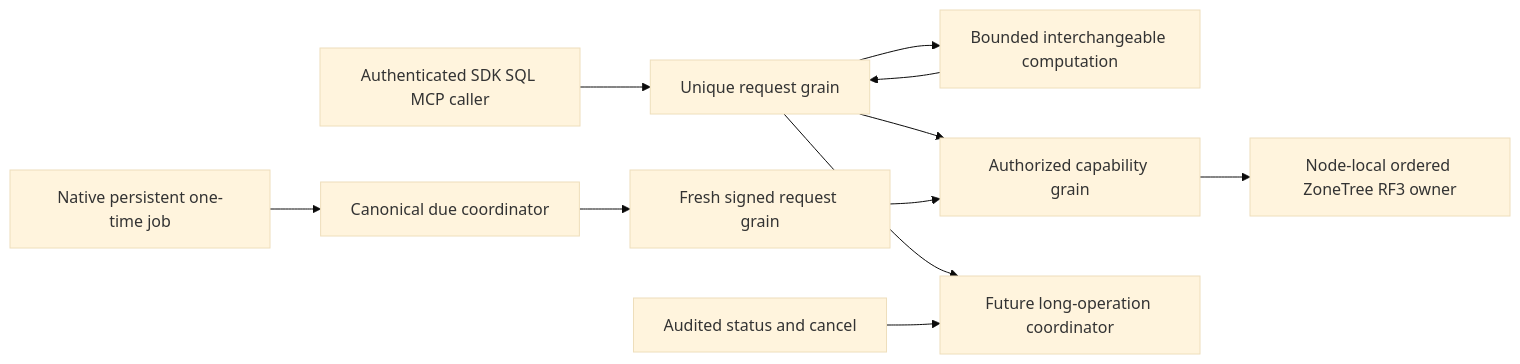
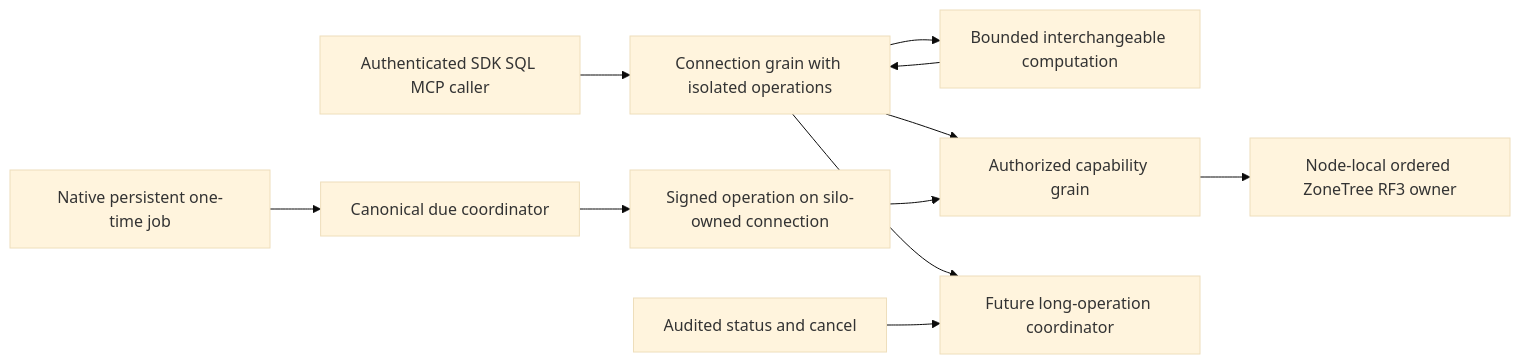
Before and after one commit to managedcode/KeyLoad: the diagram in docs/Features/ClusterRouting/ExecutionPrimitives.md, drawn with Mermaid (base theme). The commit also changed other lines of this file and 127 other files, not shown here.

First line of the commit message:
Implement connection-owned Orleans execution with parallel operations

````diff
--- a/docs/Features/ClusterRouting/ExecutionPrimitives.md
+++ b/docs/Features/ClusterRouting/ExecutionPrimitives.md
@@ -153,13 +153,13 @@
 ```mermaid
 flowchart LR
-    Caller[Authenticated SDK SQL MCP caller] --> Request[Unique request grain]
+    Caller[Authenticated SDK SQL MCP caller] --> Request[Connection grain with isolated operations]
     Request --> Worker[Bounded interchangeable computation]
     Worker --> Request
     Request --> Capability[Authorized capability grain]
     Job[Native persistent one-time job] --> Due[Canonical due coordinator]
-    Due --> Fresh[Fresh signed request grain]
+    Due --> Fresh[Signed operation on silo-owned connection]
     Fresh --> Capability
     Capability --> Host[Node-local ordered ZoneTree RF3 owner]
     Request --> Operation[Future long-operation coordinator]
     Control[Audited status and cancel] --> Operation
 ```
````
